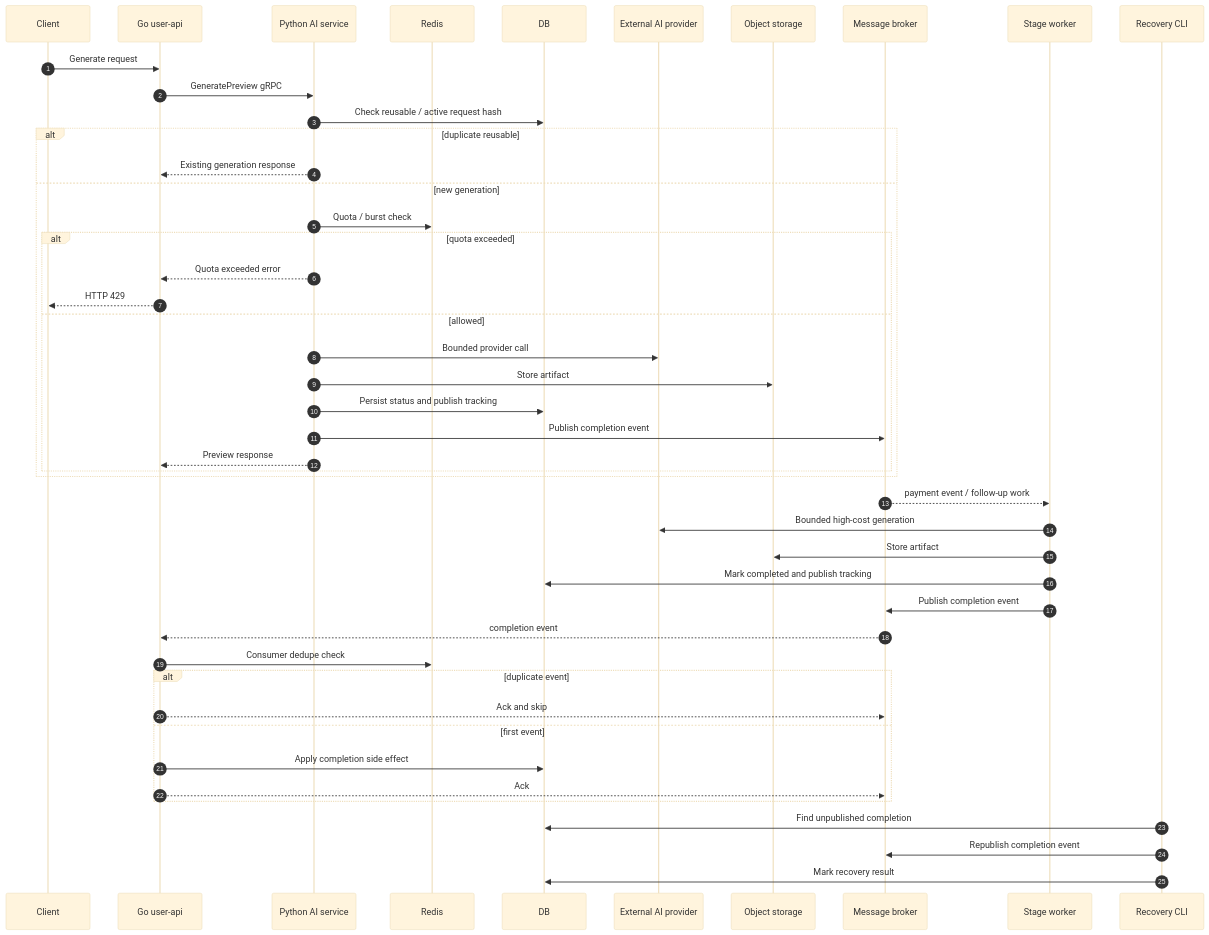
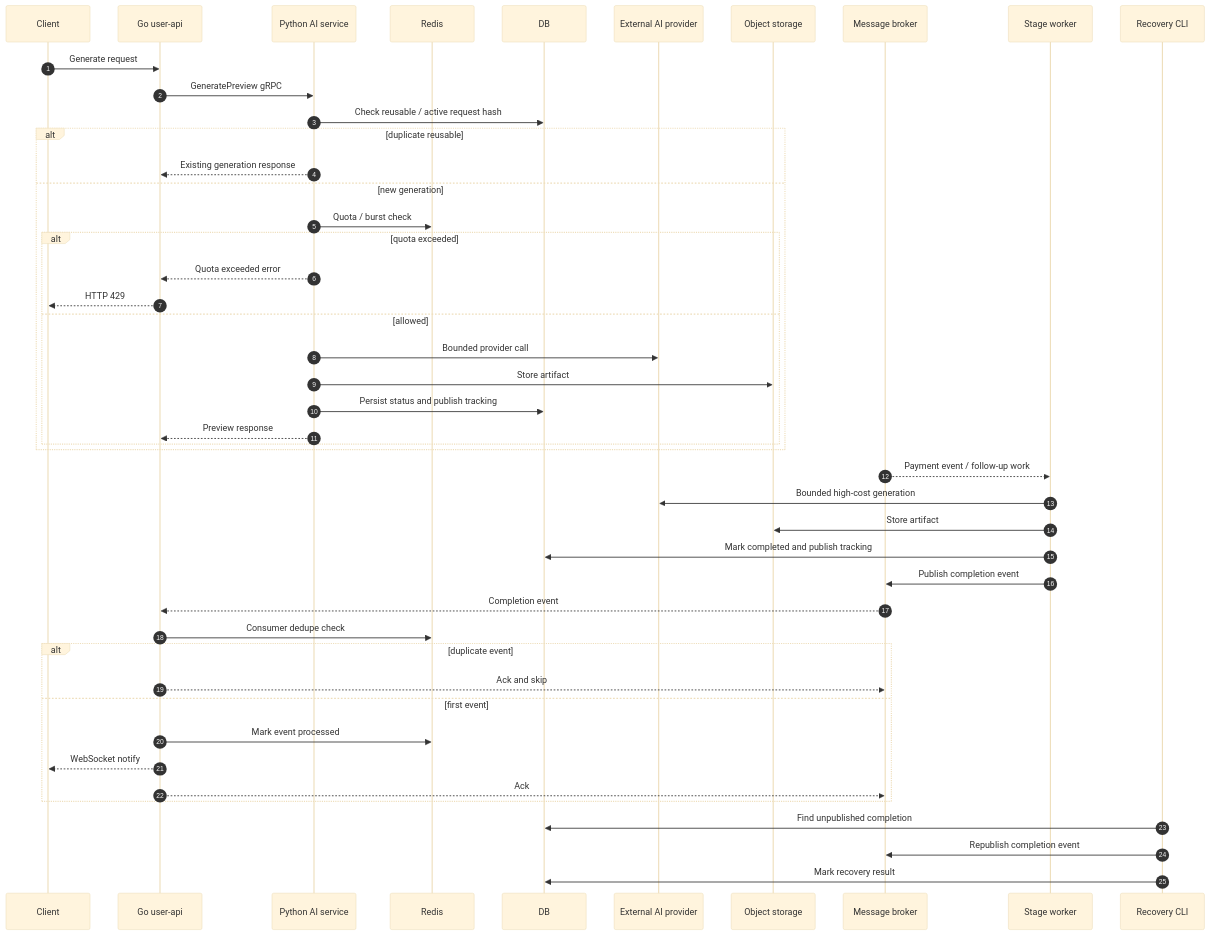
Before and after one commit to bang9ming9/bang9ming9: the diagram in projects/external-ai-model-call-backend-stabilization.md, drawn with Mermaid (base theme). The commit also changed other lines of this file and 1 other file, not shown here.

````diff
--- a/projects/external-ai-model-call-backend-stabilization.md
+++ b/projects/external-ai-model-call-backend-stabilization.md
@@ -65,52 +66,56 @@
 ```mermaid
 sequenceDiagram
     autonumber
     participant C as Client
     participant U as Go user-api
     participant A as Python AI service
     participant R as Redis
     participant D as DB
     participant P as External AI provider
     participant S as Object storage
     participant B as Message broker
     participant W as Stage worker
     participant CLI as Recovery CLI
 
     C->>U: Generate request
     U->>A: GeneratePreview gRPC
+
     A->>D: Check reusable / active request hash
+
     alt duplicate reusable
         A-->>U: Existing generation response
     else new generation
         A->>R: Quota / burst check
+
         alt quota exceeded
             A-->>U: Quota exceeded error
             U-->>C: HTTP 429
         else allowed
             A->>P: Bounded provider call
             A->>S: Store artifact
             A->>D: Persist status and publish tracking
-            A->>B: Publish completion event
             A-->>U: Preview response
         end
     end
 
-    B-->>W: payment event / follow-up work
+    B-->>W: Payment event / follow-up work
     W->>P: Bounded high-cost generation
     W->>S: Store artifact
     W->>D: Mark completed and publish tracking
     W->>B: Publish completion event
 
-    B-->>U: completion event
+    B-->>U: Completion event
     U->>R: Consumer dedupe check
+
     alt duplicate event
         U-->>B: Ack and skip
     else first event
-        U->>D: Apply completion side effect
+        U->>R: Mark event processed
+        U-->>C: WebSocket notify
         U-->>B: Ack
     end
 
     CLI->>D: Find unpublished completion
     CLI->>B: Republish completion event
     CLI->>D: Mark recovery result
 ```
````
